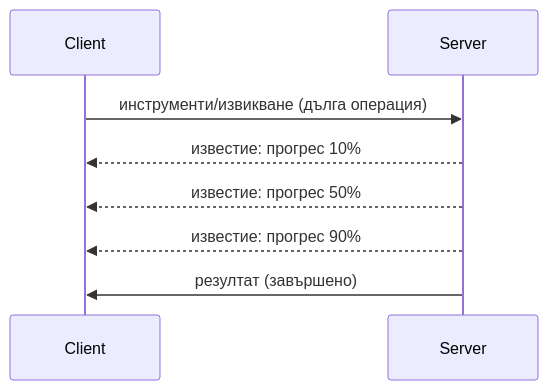
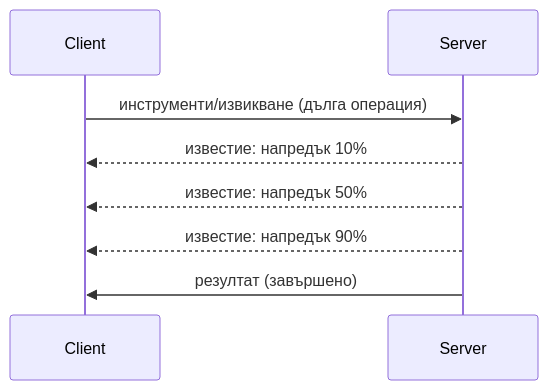
Before and after one commit to HIDORAKAI002/ai-workspace-archive: the diagram in mcp_ecosystem__model_context_protocol/mcp_learning_resources/mcp-for-beginners/translations/bg/05-AdvancedTopics/mcp-protocol-features/README.md, drawn with Mermaid. The commit also changed other lines of this file and 1046 other files, not shown here.

````diff
--- a/mcp_ecosystem__model_context_protocol/mcp_learning_resources/mcp-for-beginners/translations/bg/05-AdvancedTopics/mcp-protocol-features/README.md
+++ b/mcp_ecosystem__model_context_protocol/mcp_learning_resources/mcp-for-beginners/translations/bg/05-AdvancedTopics/mcp-protocol-features/README.md
@@ -22,11 +24,11 @@
 ```mermaid
 sequenceDiagram
     participant Client
     participant Server
     
     Client->>Server: инструменти/извикване (дълга операция)
-    Server-->>Client: известие: прогрес 10%
-    Server-->>Client: известие: прогрес 50%
-    Server-->>Client: известие: прогрес 90%
+    Server-->>Client: известие: напредък 10%
+    Server-->>Client: известие: напредък 50%
+    Server-->>Client: известие: напредък 90%
     Server->>Client: резултат (завършено)
 ```
````
